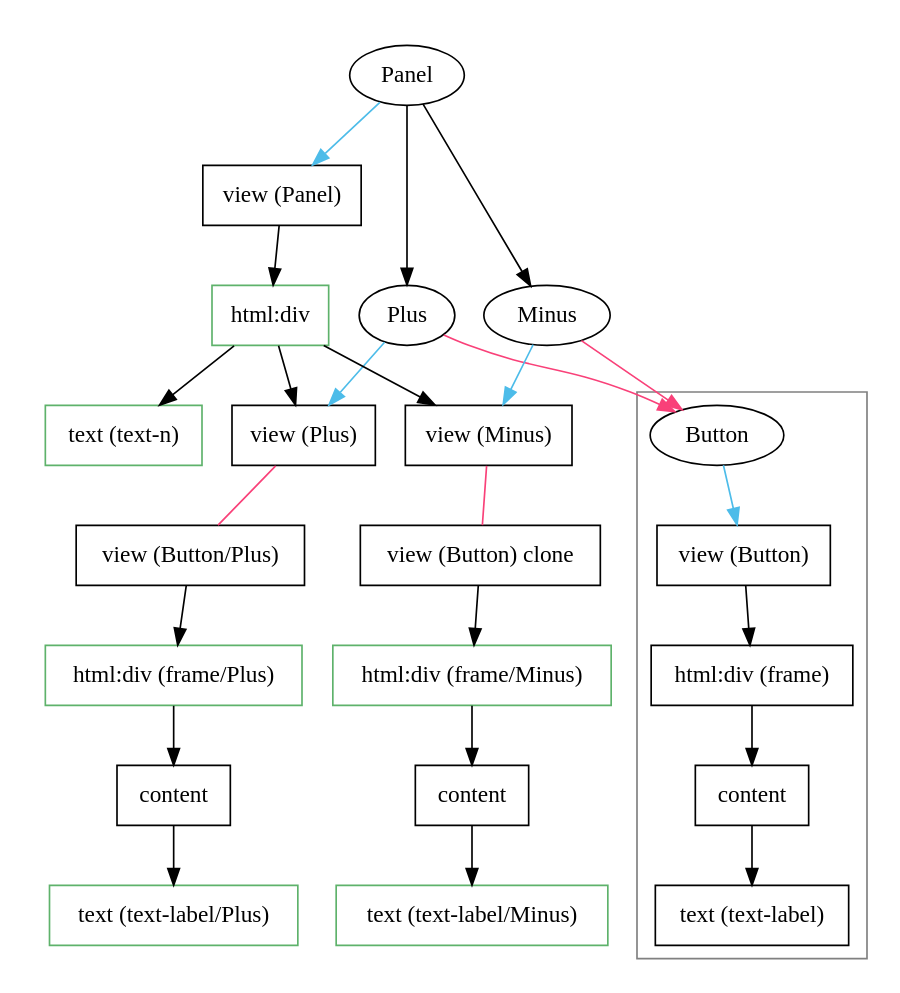
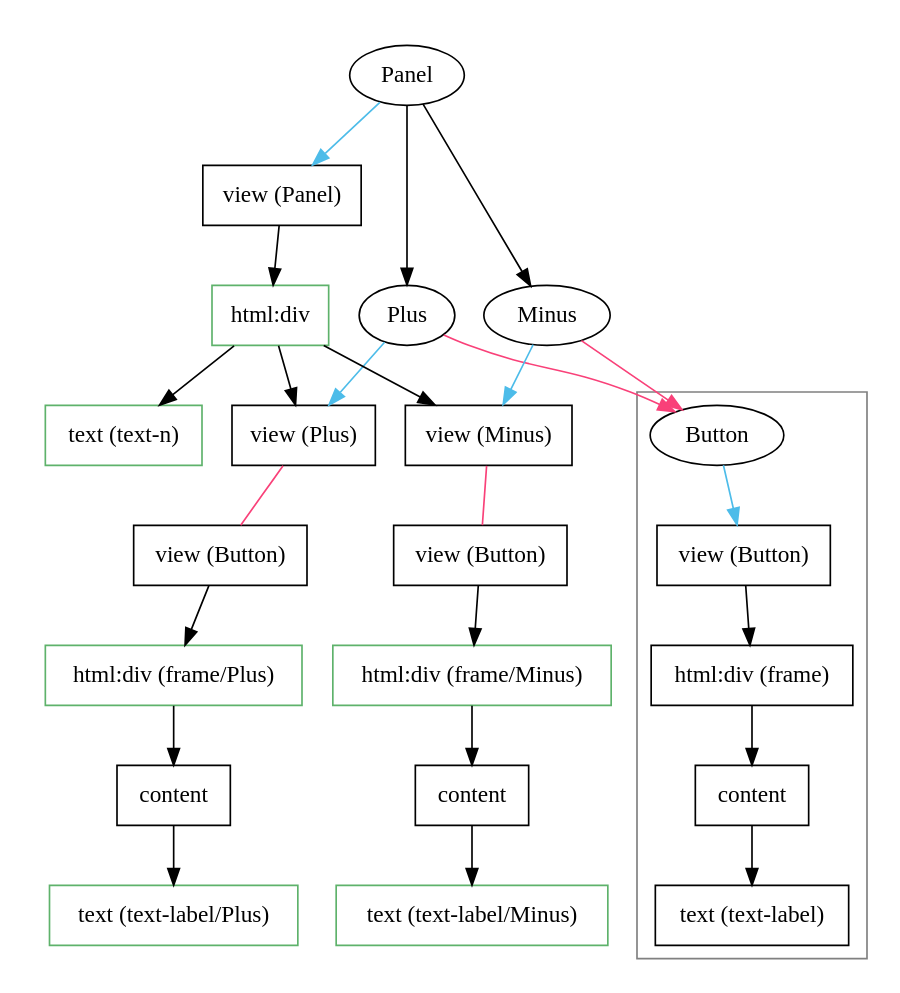
The diagram in spec/fig/panel-runtime.gv (bendr/bender), drawn with Graphviz before and after one commit. The commit also changed 4 other files, not shown here.

```diff
--- a/spec/fig/panel-runtime.gv
+++ b/spec/fig/panel-runtime.gv
@@ -1,70 +1,70 @@
 digraph panel {
   node [fontname="Avenir Next"];
   edge [fontname="Avenir Next"];
 
   subgraph cluster_panel {
     color="white";
     Panel [ordering=out]
     Panel -> vpanel [color="#4dbce9"]
     Panel -> Plus
     Panel -> Minus
 
     subgraph { rank=same; Plus; Minus }
 
     div1 [label="html:div", shape=box, color="#5eb26b"]
     vpanel [label="view (Panel)", shape=box]
     vminus [label="view (Minus)", shape=box]
     vplus [label="view (Plus)", shape=box]
-    vbutton_ [label="view (Button/Plus)", shape=box]
+    vbutton_ [label="view (Button)", shape=box]
     frame_ [label="html:div (frame/Plus)", shape=box, color="#5eb26b"]
     content_ [label="content", shape=box]
     textlabel_ [label="text (text-label/Plus)", shape=box, color="#5eb26b"]
-    vbutton__ [label="view (Button) clone", shape=box]
+    vbutton__ [label="view (Button)", shape=box]
     frame__ [label="html:div (frame/Minus)", shape=box, color="#5eb26b"]
     content__ [label="content", shape=box]
     textlabel__ [label="text (text-label/Minus)", shape=box, color="#5eb26b"]
 
     textn [label="text (text-n)", shape=box, color="#5eb26b"]
     vpanel -> div1
     div1 -> textn
     div1 -> vminus
     div1 -> vplus
 
     Plus -> vplus [color="#4dbce9"]
     Minus -> vminus [color="#4dbce9"]
 
     vplus -> vbutton_ [dir=none, color="#f94179"]
     vbutton_ -> frame_
     frame_ -> content_
     content_ -> textlabel_
 
     vminus -> vbutton__ [dir=none, color="#f94179"]
     vbutton__ -> frame__
     frame__ -> content__
     content__ -> textlabel__
 
     // div1 -> frame_ [color="#5eb26b"]
     // frame_ -> textlabel_ [color="#5eb26b"]
     // div1 -> frame__ [color="#5eb26b"]
     // frame__ -> textlabel__ [color="#5eb26b"]
 
   }
 
   Minus -> Button [color="#f94179"]
   Plus -> Button [color="#f94179"]
 
   subgraph cluster_button {
     color="gray";
 
     Button -> vbutton [color="#4dbce9"]
     vbutton [label="view (Button)", shape=box]
     frame [label="html:div (frame)", shape=box]
     content [shape=box]
     textlabel [label="text (text-label)", shape=box]
     vbutton -> frame
     frame -> content
     content -> textlabel
 
   }
 
 }
```
